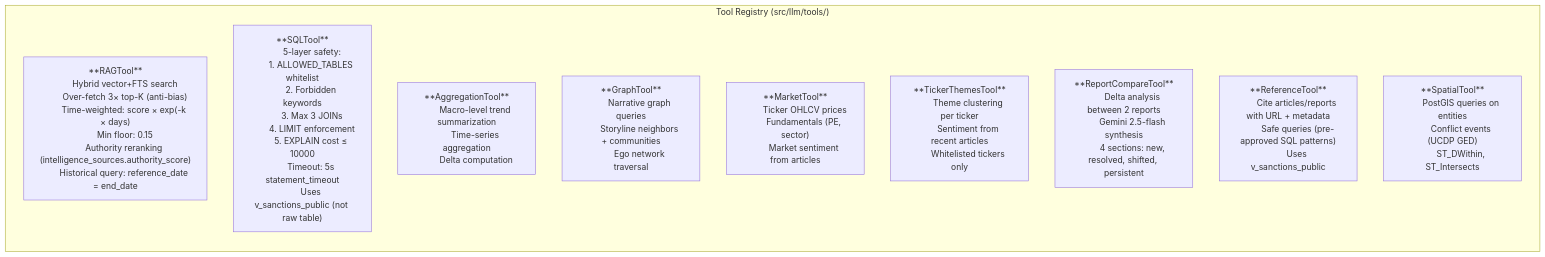
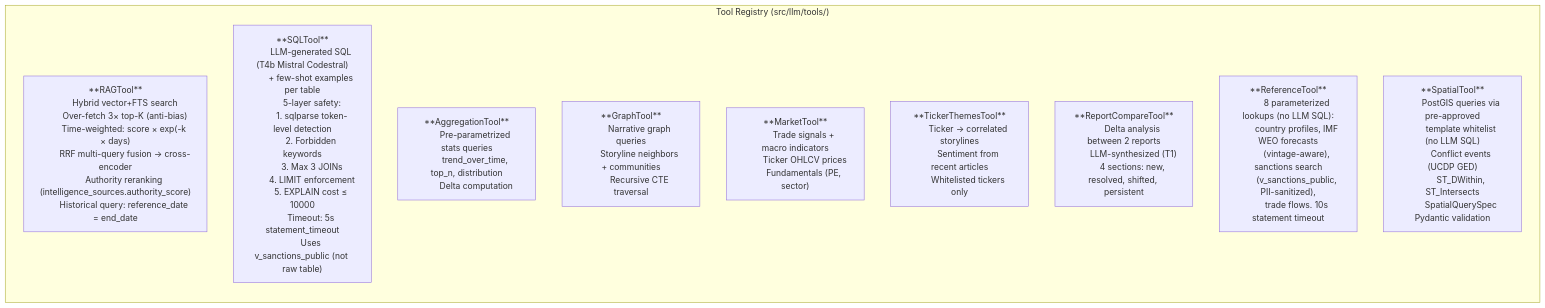
Before and after one commit to TommasoFazzi/MACROINTEL: the third of 5 diagrams in docs/architecture/03_oracle.md, drawn with Mermaid. The commit also changed other lines of this file and 14 other files, not shown here.

First line of the commit message:
fix(pipeline): LLM errors, stale feeds, clustering shadow step, map WIP banner (#118)

````diff
--- a/docs/architecture/03_oracle.md
+++ b/docs/architecture/03_oracle.md
@@ -87,57 +85,63 @@
 ```mermaid
 flowchart LR
     subgraph Tools["Tool Registry (src/llm/tools/)"]
         RAG["**RAGTool**
         Hybrid vector+FTS search
         Over-fetch 3× top-K (anti-bias)
         Time-weighted: score × exp(-k × days)
-        Min floor: 0.15
+        RRF multi-query fusion → cross-encoder
         Authority reranking (intelligence_sources.authority_score)
         Historical query: reference_date = end_date"]
 
         SQL["**SQLTool**
+        LLM-generated SQL (T4b Mistral Codestral)
+        + few-shot examples per table
         5-layer safety:
-        1. ALLOWED_TABLES whitelist
+        1. sqlparse token-level detection
         2. Forbidden keywords
         3. Max 3 JOINs
         4. LIMIT enforcement
         5. EXPLAIN cost ≤ 10000
         Timeout: 5s statement_timeout
         Uses v_sanctions_public (not raw table)"]
 
         AGG["**AggregationTool**
-        Macro-level trend summarization
-        Time-series aggregation
+        Pre-parametrized stats queries
+        trend_over_time, top_n, distribution
         Delta computation"]
 
         GRAPH["**GraphTool**
         Narrative graph queries
         Storyline neighbors + communities
-        Ego network traversal"]
+        Recursive CTE traversal"]
 
         MKT["**MarketTool**
+        Trade signals + macro indicators
         Ticker OHLCV prices
-        Fundamentals (PE, sector)
-        Market sentiment from articles"]
+        Fundamentals (PE, sector)"]
 
         TICK["**TickerThemesTool**
-        Theme clustering per ticker
+        Ticker → correlated storylines
         Sentiment from recent articles
         Whitelisted tickers only"]
 
         RPT["**ReportCompareTool**
         Delta analysis between 2 reports
-        Gemini 2.5-flash synthesis
+        LLM-synthesized (T1)
         4 sections: new, resolved, shifted, persistent"]
 
         REF["**ReferenceTool**
-        Cite articles/reports with URL + metadata
-        Safe queries (pre-approved SQL patterns)
-        Uses v_sanctions_public"]
+        8 parameterized lookups (no LLM SQL):
+        country profiles, IMF WEO forecasts
+        (vintage-aware), sanctions search
+        (v_sanctions_public, PII-sanitized),
+        trade flows. 10s statement timeout"]
 
         SPAT["**SpatialTool**
-        PostGIS queries on entities
+        PostGIS queries via pre-approved
+        template whitelist (no LLM SQL)
         Conflict events (UCDP GED)
-        ST_DWithin, ST_Intersects"]
+        ST_DWithin, ST_Intersects
+        SpatialQuerySpec Pydantic validation"]
     end
 ```
````
